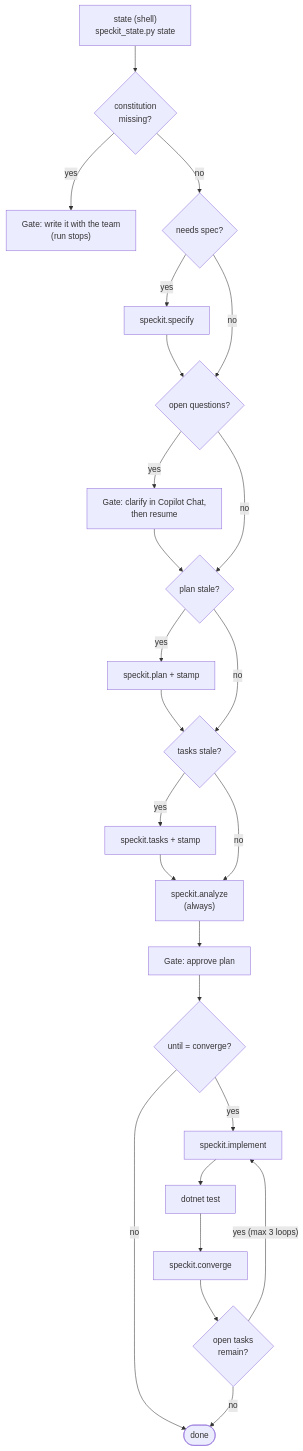
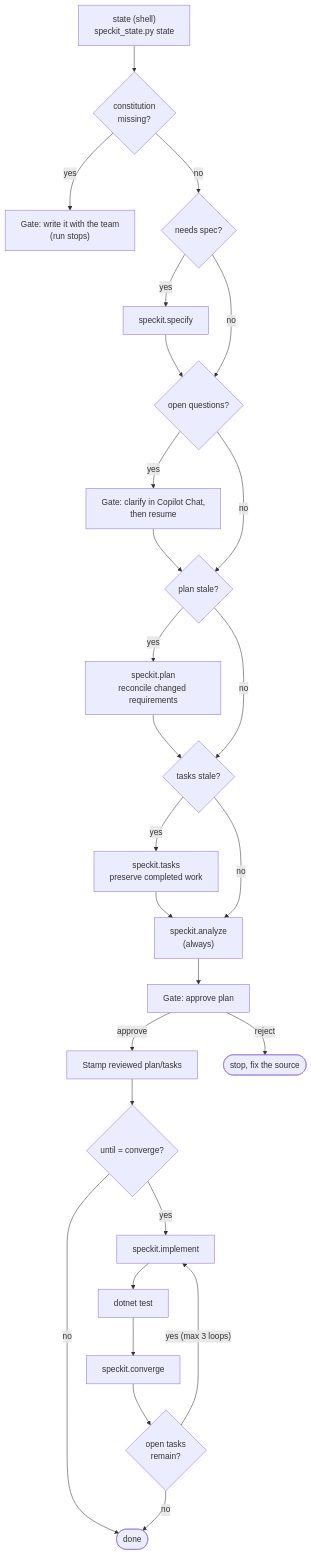
Before and after one commit to hkaanturgut/spec-kit-fleetwise: the first of 2 diagrams in docs/workflow-automation.md, drawn with Mermaid. The commit also changed other lines of this file and 9 other files, not shown here.

````diff
--- a/docs/workflow-automation.md
+++ b/docs/workflow-automation.md
@@ -7,20 +7,21 @@
 ```mermaid
 flowchart TB
     ST["state (shell)<br/>speckit_state.py state"] --> K{"constitution<br/>missing?"}
     K -- yes --> KG["Gate: write it with the team<br/>(run stops)"]
     K -- no --> SP{"needs spec?"}
     SP -- yes --> SPC["speckit.specify"] --> Q
     SP -- no --> Q{"open questions?"}
     Q -- yes --> QG["Gate: clarify in Copilot Chat,<br/>then resume"] --> PL
     Q -- no --> PL{"plan stale?"}
-    PL -- yes --> PLC["speckit.plan + stamp"] --> TK
+    PL -- yes --> PLC["speckit.plan<br/>reconcile changed requirements"] --> TK
     PL -- no --> TK{"tasks stale?"}
-    TK -- yes --> TKC["speckit.tasks + stamp"] --> AN
+    TK -- yes --> TKC["speckit.tasks<br/>preserve completed work"] --> AN
     TK -- no --> AN["speckit.analyze<br/>(always)"]
     AN --> G["Gate: approve plan"]
-    G --> U{"until = converge?"}
+    G -- approve --> STAMP["Stamp reviewed plan/tasks"] --> U{"until = converge?"}
+    G -- reject --> ABORT(["stop, fix the source"])
     U -- no --> END(["done"])
     U -- yes --> I["speckit.implement"] --> T["dotnet test"] --> CV["speckit.converge"] --> R{"open tasks<br/>remain?"}
     R -- "yes (max 3 loops)" --> I
     R -- no --> END
 ```
````
